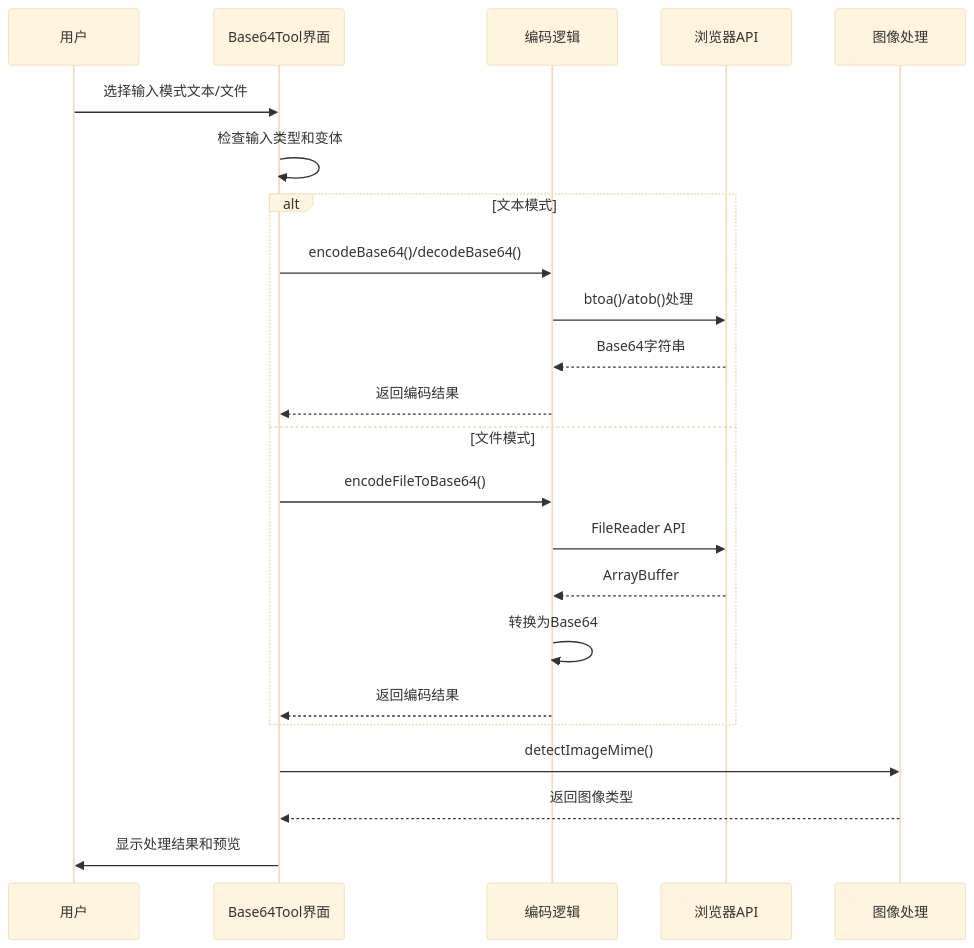
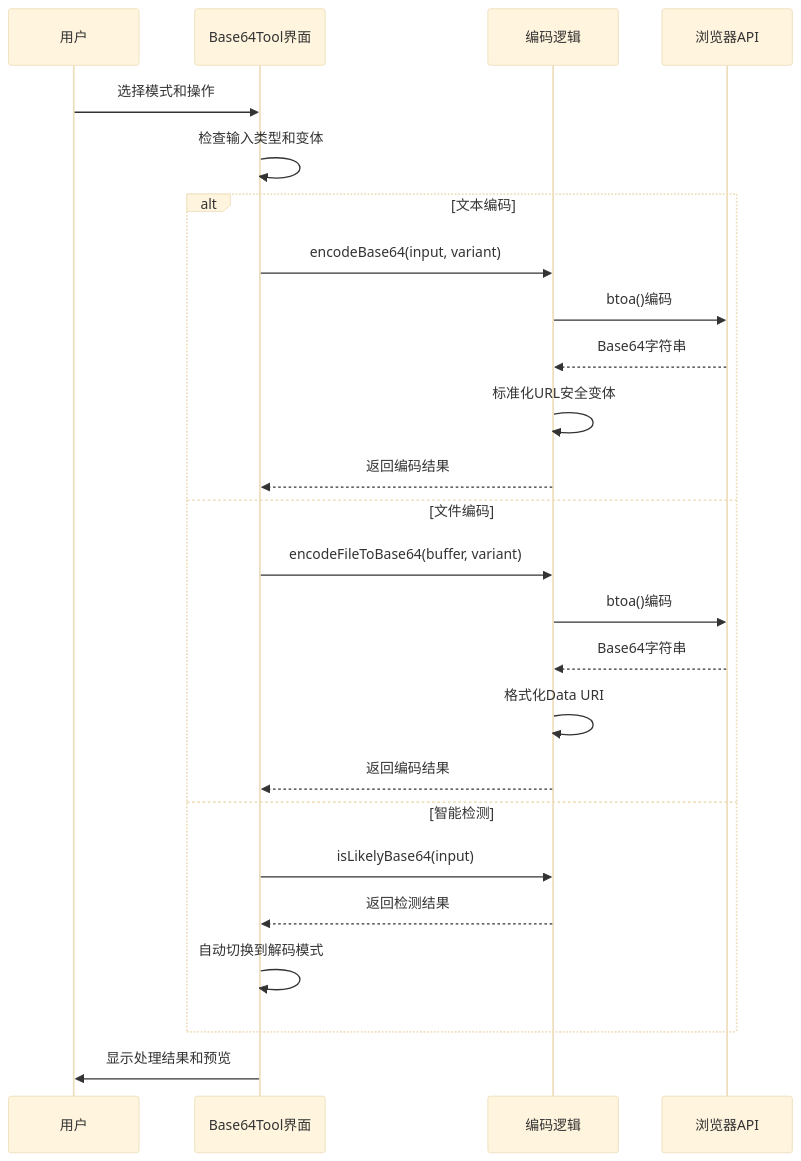
The second of 8 diagrams in .qoder/repowiki/zh/content/开发者工具/Base64编码工具.md (sgyy/privadeck), drawn with Mermaid (base theme) before and after one commit. The commit also changed other lines of this file and 23 other files, not shown here.

````diff
--- a/.qoder/repowiki/zh/content/开发者工具/Base64编码工具.md
+++ b/.qoder/repowiki/zh/content/开发者工具/Base64编码工具.md
@@ -165,25 +141,27 @@
 ```mermaid
 sequenceDiagram
 participant User as 用户
 participant UI as Base64Tool界面
 participant Logic as 编码逻辑
 participant Browser as 浏览器API
-participant Image as 图像处理
-User->>UI : 选择输入模式文本/文件
+User->>UI : 选择模式和操作
 UI->>UI : 检查输入类型和变体
-alt 文本模式
-UI->>Logic : encodeBase64()/decodeBase64()
-Logic->>Browser : btoa()/atob()处理
+alt 文本编码
+UI->>Logic : encodeBase64(input, variant)
+Logic->>Browser : btoa()编码
 Browser-->>Logic : Base64字符串
+Logic->>Logic : 标准化URL安全变体
 Logic-->>UI : 返回编码结果
-else 文件模式
-UI->>Logic : encodeFileToBase64()
-Logic->>Browser : FileReader API
-Browser-->>Logic : ArrayBuffer
-Logic->>Logic : 转换为Base64
+else 文件编码
+UI->>Logic : encodeFileToBase64(buffer, variant)
+Logic->>Browser : btoa()编码
+Browser-->>Logic : Base64字符串
+Logic->>Logic : 格式化Data URI
 Logic-->>UI : 返回编码结果
+else 智能检测
+UI->>Logic : isLikelyBase64(input)
+Logic-->>UI : 返回检测结果
+UI->>UI : 自动切换到解码模式
 end
-UI->>Image : detectImageMime()
-Image-->>UI : 返回图像类型
 UI->>User : 显示处理结果和预览
 ```
````
